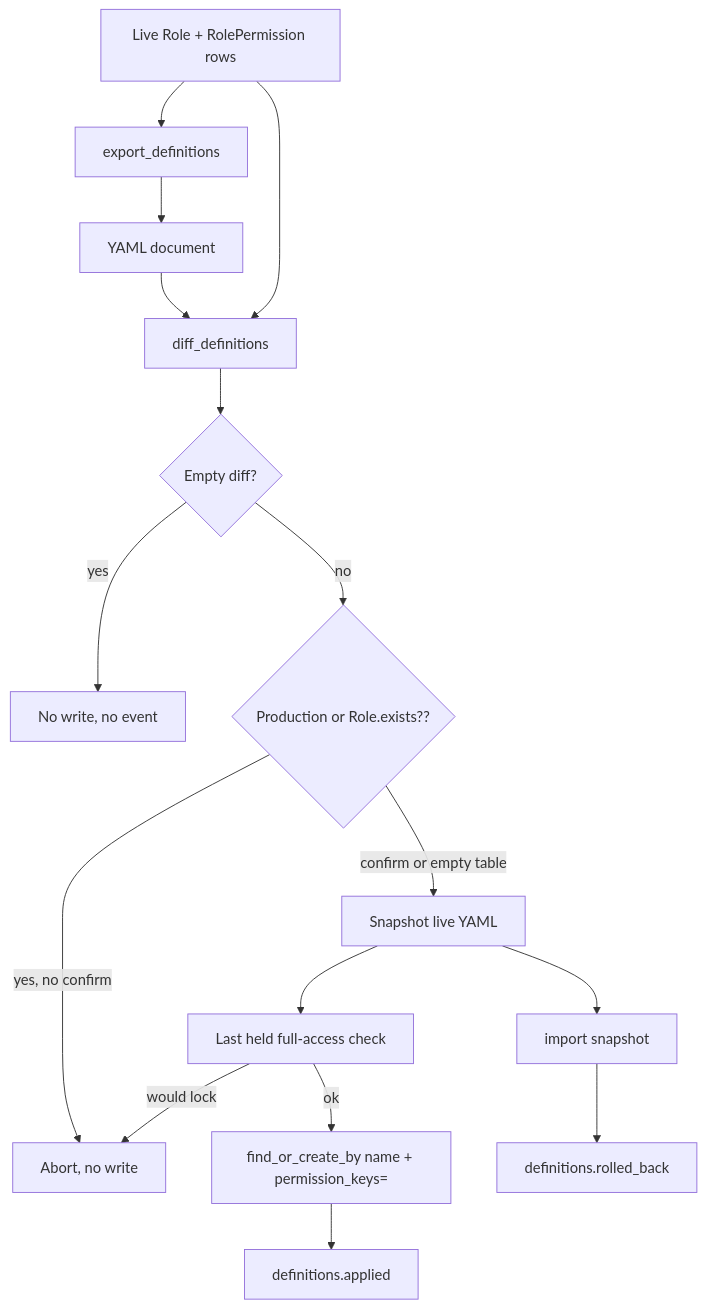
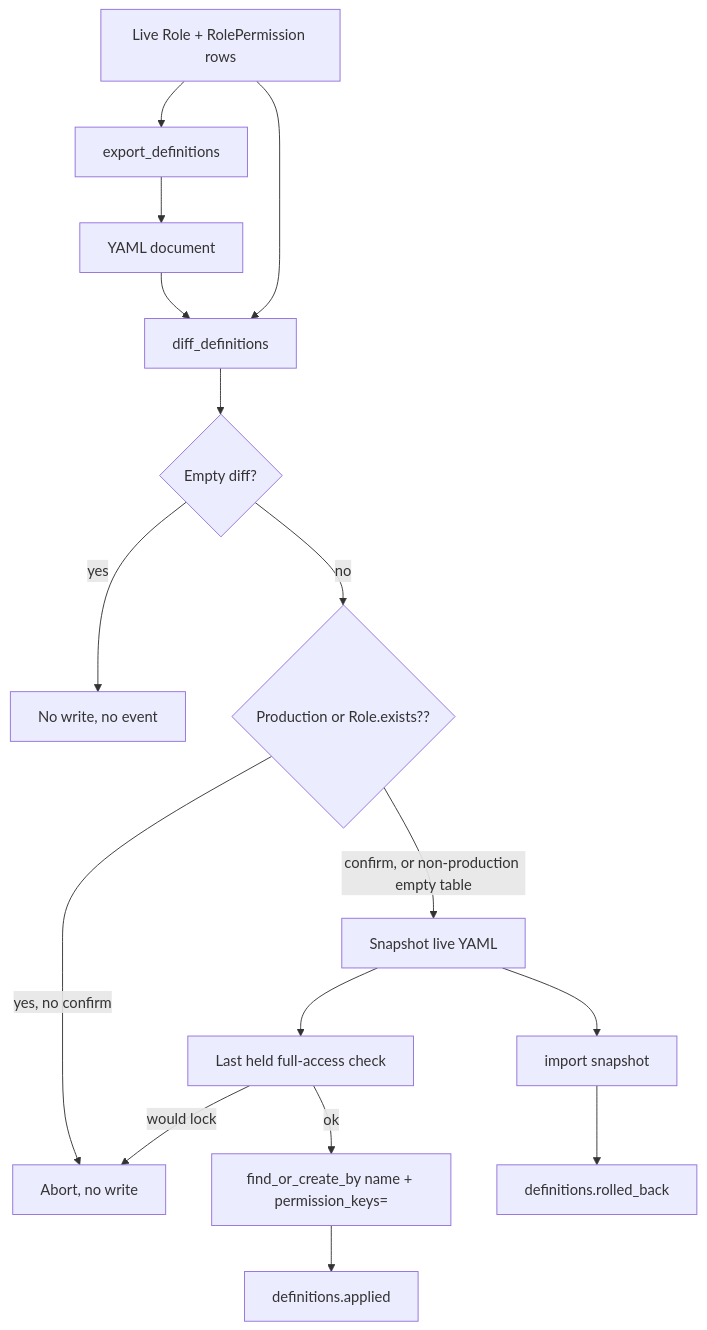
Before and after one commit to davidteren/current_scope: the diagram in docs/plans/2026-08-13-002-feat-role-definition-export-import-plan.md, drawn with Mermaid. The commit also changed other lines of this file and 6 other files, not shown here.

````diff
--- a/docs/plans/2026-08-13-002-feat-role-definition-export-import-plan.md
+++ b/docs/plans/2026-08-13-002-feat-role-definition-export-import-plan.md
@@ -148,18 +153,18 @@
 ```mermaid
 flowchart TB
   live[Live Role + RolePermission rows] --> export[export_definitions]
   export --> yaml[YAML document]
   yaml --> diff[diff_definitions]
   live --> diff
   diff --> empty{Empty diff?}
   empty -->|yes| noop[No write, no event]
   empty -->|no| gate{Production or Role.exists??}
   gate -->|yes, no confirm| refuse[Abort, no write]
-  gate -->|confirm or empty table| snap[Snapshot live YAML]
+  gate -->|confirm, or non-production empty table| snap[Snapshot live YAML]
   snap --> lock[Last held full-access check]
   lock -->|would lock| refuse
   lock -->|ok| apply[find_or_create_by name + permission_keys=]
   apply --> event[definitions.applied]
   snap --> rollback[import snapshot]
   rollback --> rolled[definitions.rolled_back]
 ```
````
